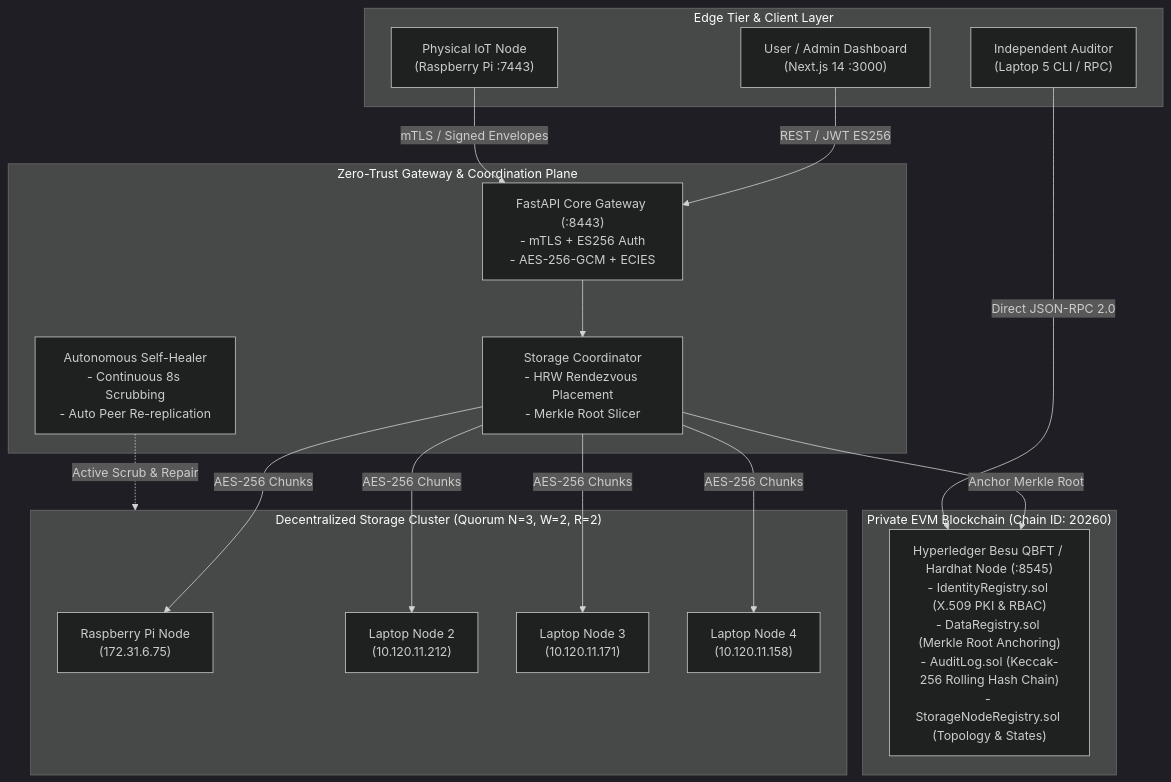
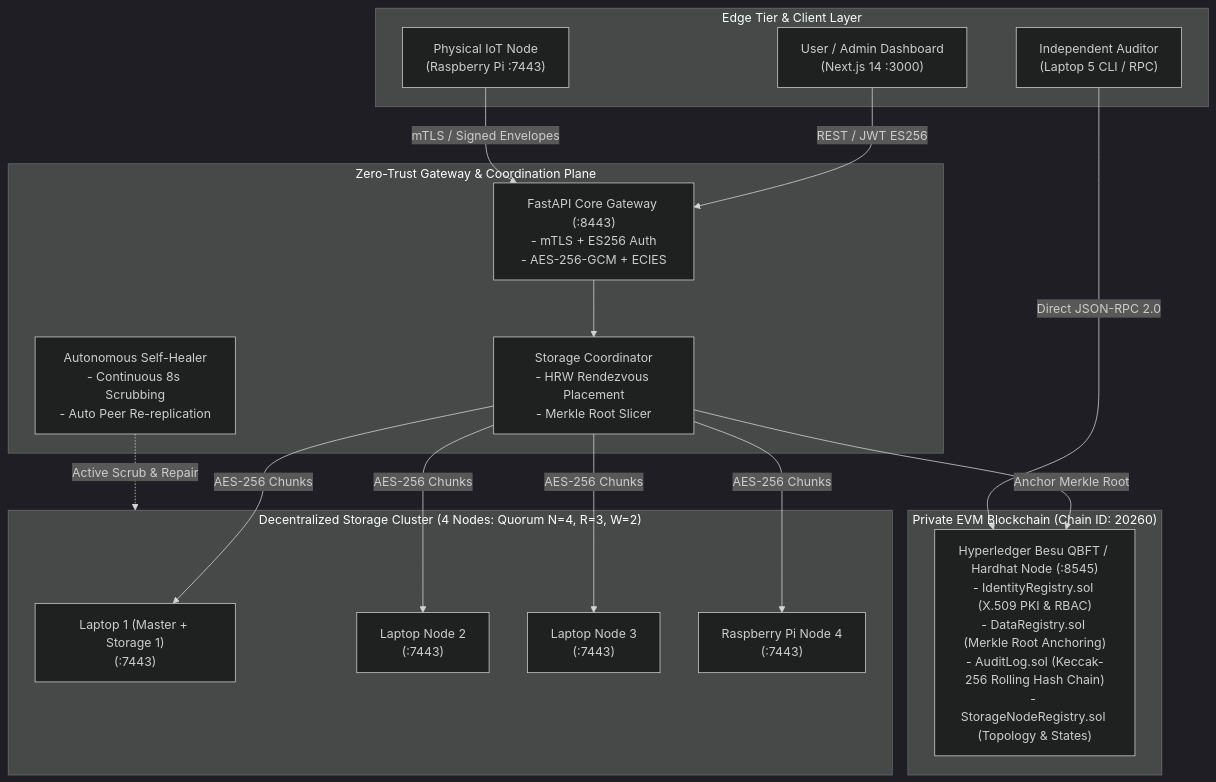
Before and after one commit to shankumar7/SecureNodex7: the diagram in README.md, drawn with Mermaid (dark theme). The commit also changed 3 other files, not shown here.

Commit message:
feat: add 4-node cluster setup and storage cleanup tools with documentation updates

````diff
--- a/README.md
+++ b/README.md
@@ -35,36 +35,36 @@
 ```mermaid
 flowchart TD
     subgraph EdgeDevices["Edge Tier & Client Layer"]
         User["User / Admin Dashboard\n(Next.js 14 :3000)"]
         Pi["Physical IoT Node\n(Raspberry Pi :7443)"]
         Auditor["Independent Auditor\n(Laptop 5 CLI / RPC)"]
     end
 
     subgraph CoreServices["Zero-Trust Gateway & Coordination Plane"]
         API["FastAPI Core Gateway (:8443)\n- mTLS + ES256 Auth\n- AES-256-GCM + ECIES"]
         Coord["Storage Coordinator\n- HRW Rendezvous Placement\n- Merkle Root Slicer"]
         Healer["Autonomous Self-Healer\n- Continuous 8s Scrubbing\n- Auto Peer Re-replication"]
     end
 
-    subgraph StorageCluster["Decentralized Storage Cluster (Quorum N=3, W=2, R=2)"]
-        S_PI["Raspberry Pi Node\n(172.31.6.75)"]
-        S_L2["Laptop Node 2\n(10.120.11.212)"]
-        S_L3["Laptop Node 3\n(10.120.11.171)"]
-        S_L4["Laptop Node 4\n(10.120.11.158)"]
+    subgraph StorageCluster["Decentralized Storage Cluster (4 Nodes: Quorum N=4, R=3, W=2)"]
+        S_L1["Laptop 1 (Master + Storage 1)\n(:7443)"]
+        S_L2["Laptop Node 2\n(:7443)"]
+        S_L3["Laptop Node 3\n(:7443)"]
+        S_PI["Raspberry Pi Node 4\n(:7443)"]
     end
 
     subgraph BlockchainPlane["Private EVM Blockchain (Chain ID: 20260)"]
         Chain["Hyperledger Besu QBFT / Hardhat Node (:8545)\n- IdentityRegistry.sol (X.509 PKI & RBAC)\n- DataRegistry.sol (Merkle Root Anchoring)\n- AuditLog.sol (Keccak-256 Rolling Hash Chain)\n- StorageNodeRegistry.sol (Topology & States)"]
     end
 
     User -->|REST / JWT ES256| API
     Pi -->|mTLS / Signed Envelopes| API
     API --> Coord
-    Coord -->|AES-256 Chunks| S_PI
+    Coord -->|AES-256 Chunks| S_L1
     Coord -->|AES-256 Chunks| S_L2
     Coord -->|AES-256 Chunks| S_L3
-    Coord -->|AES-256 Chunks| S_L4
+    Coord -->|AES-256 Chunks| S_PI
     Coord -->|Anchor Merkle Root| Chain
     Healer -.->|Active Scrub & Repair| StorageCluster
     Auditor -->|Direct JSON-RPC 2.0| Chain
 ```
````
